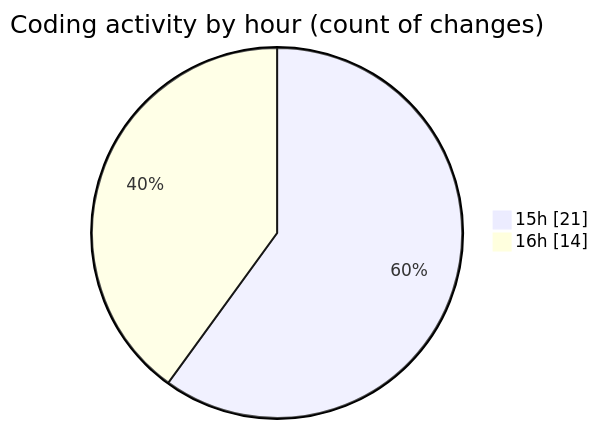
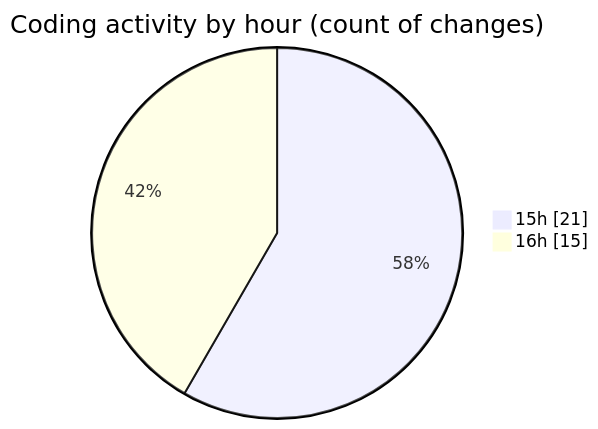
The second of 2 diagrams in 2025-01-26/results-summary-component-main/README.md (NitaiMahat/code-tracking), drawn with Mermaid before and after one commit. The commit also changed other lines of this file and 1 other file, not shown here.

````diff
--- a/2025-01-26/results-summary-component-main/README.md
+++ b/2025-01-26/results-summary-component-main/README.md
@@ -30,6 +30,6 @@
 ```mermaid
 pie showData
 title Coding activity by hour (count of changes)
 "15h" : 21
-"16h" : 14
+"16h" : 15
 ```
````
